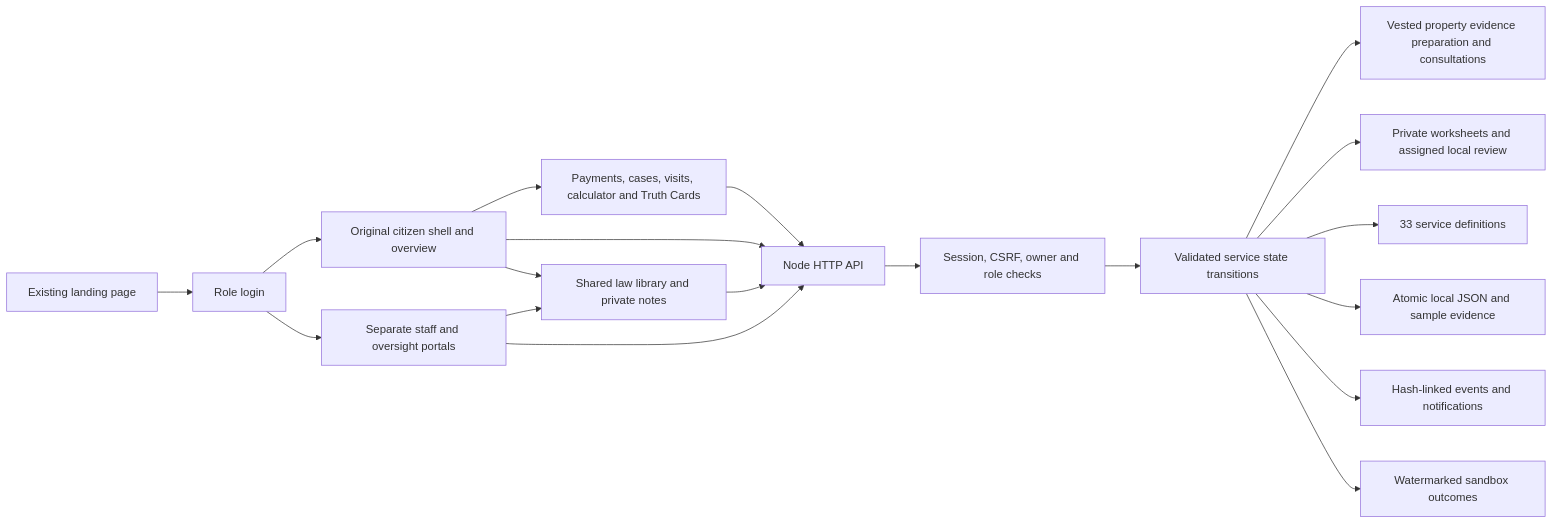
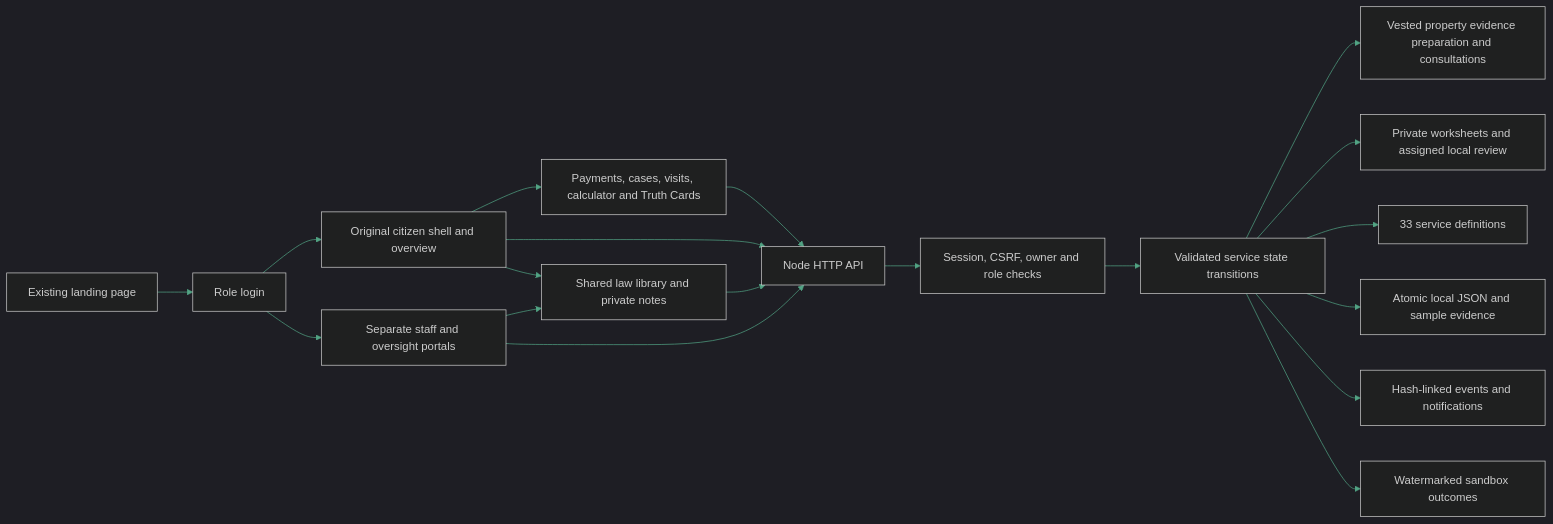
One commit to Shreyalien/E-Bhumi changed the third of 3 diagrams in README.md. Above: the diagram before and after it, drawn with Mermaid. The commit also changed other lines of this file, not shown here.

Commit message:
Apply dark theme styling to all 3 Mermaid graphs and fix procedure flows link in README

````diff
--- a/README.md
+++ b/README.md
@@ -282,21 +285,22 @@
 ```mermaid
+%%{init: {'theme': 'dark', 'themeVariables': { 'darkMode': true, 'primaryColor': '#1b4d3e', 'primaryTextColor': '#ffffff', 'primaryBorderColor': '#2e7d63', 'lineColor': '#52a384', 'secondaryColor': '#16382e', 'tertiaryColor': '#122620' }}}%%
 flowchart LR
     Public["Existing landing page"] --> Login["Role login"]
     Login --> Citizen["Original citizen shell and overview"]
     Login --> Staff["Separate staff and oversight portals"]
     Citizen --> Tools["Payments, cases, visits, calculator and Truth Cards"]
     Tools --> API["Node HTTP API"]
     Citizen --> API
     Staff --> Law["Shared law library and private notes"]
     Citizen --> Law
     Law --> API
     Staff --> API
     API --> Guards["Session, CSRF, owner and role checks"]
     Guards --> Workflows["Validated service state transitions"]
     Workflows --> Legacy["Vested property evidence preparation and consultations"]
     Workflows --> Dossiers["Private worksheets and assigned local review"]
     Workflows --> Catalogue["33 service definitions"]
     Workflows --> Store["Atomic local JSON and sample evidence"]
     Workflows --> Audit["Hash-linked events and notifications"]
     Workflows --> Output["Watermarked sandbox outcomes"]
 ```
````
